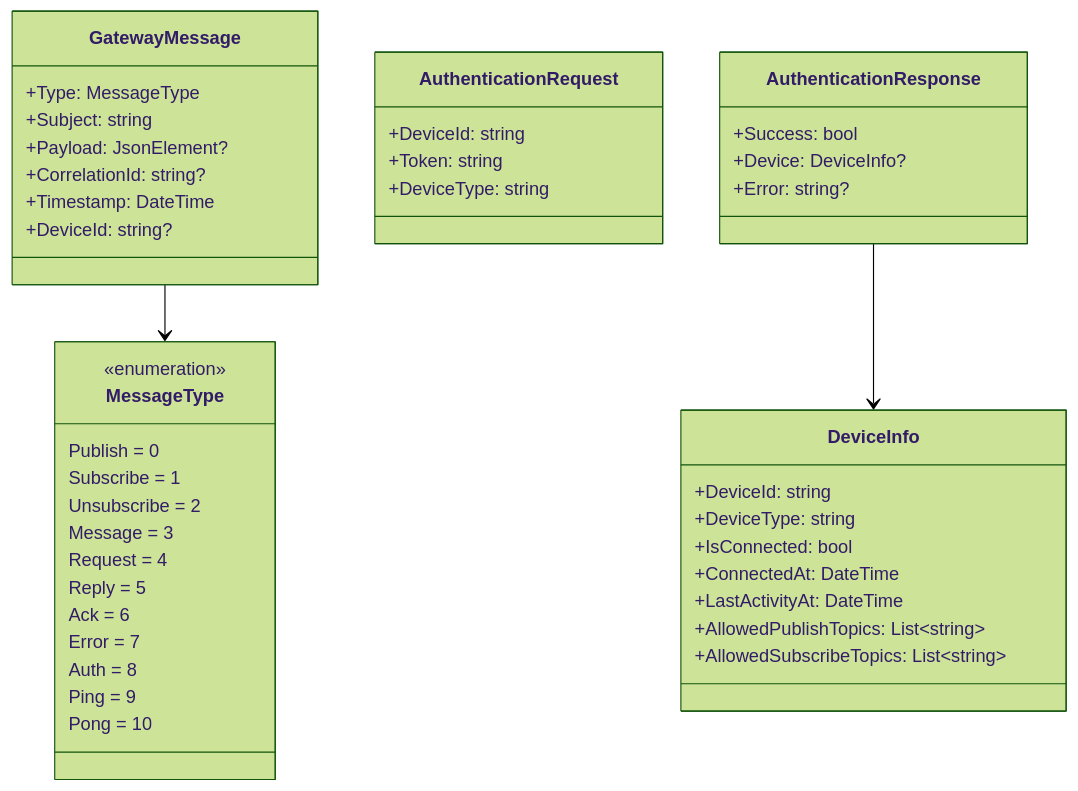
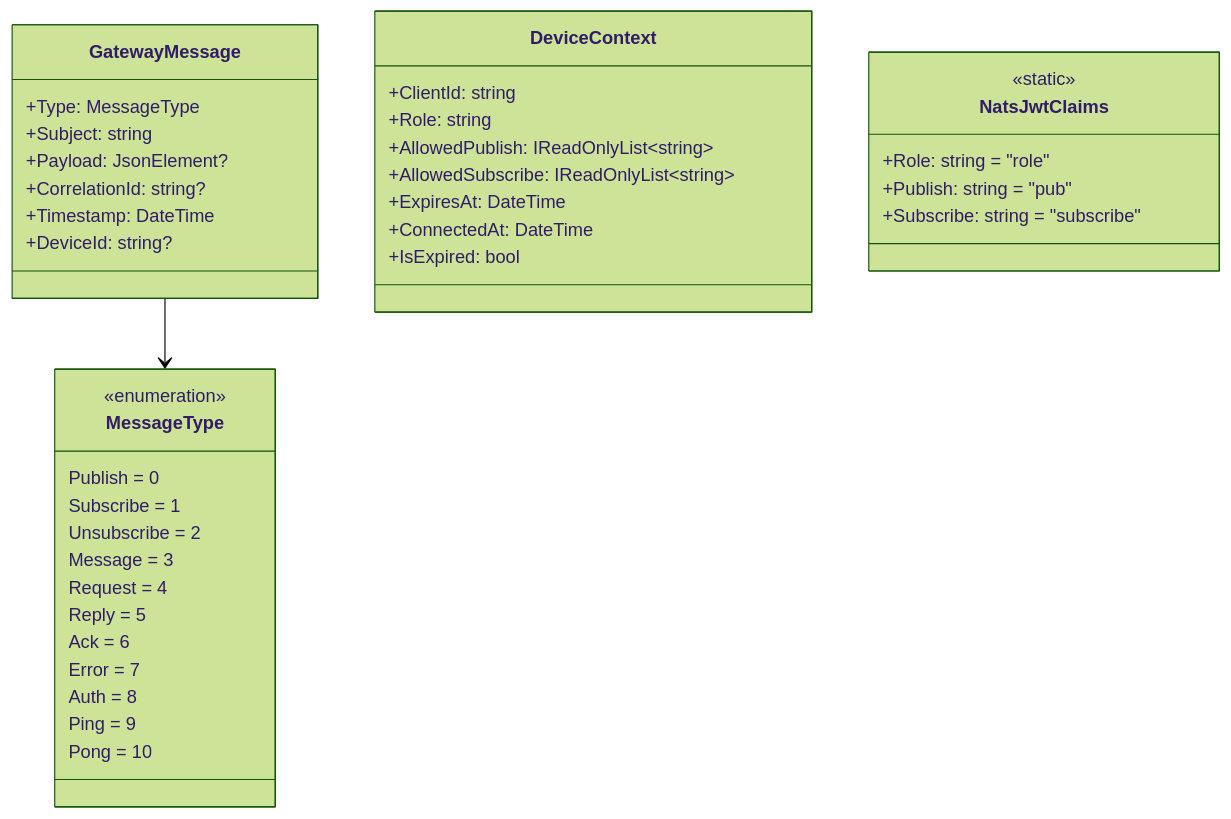
One commit to jtayl222/nats-websocket-bridge changed the fourth of 9 diagrams in docs/diagrams/class-diagrams.md. Above: the diagram before and after it, drawn with Mermaid (forest theme). The commit also changed other lines of this file and 25 other files, not shown here.

````diff
--- a/docs/diagrams/class-diagrams.md
+++ b/docs/diagrams/class-diagrams.md
@@ -193,51 +193,45 @@
 ```mermaid
 classDiagram
     class GatewayMessage {
         +Type: MessageType
         +Subject: string
         +Payload: JsonElement?
         +CorrelationId: string?
         +Timestamp: DateTime
         +DeviceId: string?
     }
 
     class MessageType {
         <<enumeration>>
         Publish = 0
         Subscribe = 1
         Unsubscribe = 2
         Message = 3
         Request = 4
         Reply = 5
         Ack = 6
         Error = 7
         Auth = 8
         Ping = 9
         Pong = 10
     }
 
-    class AuthenticationRequest {
-        +DeviceId: string
-        +Token: string
-        +DeviceType: string
+    class DeviceContext {
+        +ClientId: string
+        +Role: string
+        +AllowedPublish: IReadOnlyList~string~
+        +AllowedSubscribe: IReadOnlyList~string~
+        +ExpiresAt: DateTime
+        +ConnectedAt: DateTime
+        +IsExpired: bool
     }
 
-    class AuthenticationResponse {
-        +Success: bool
-        +Device: DeviceInfo?
-        +Error: string?
-    }
-
-    class DeviceInfo {
-        +DeviceId: string
-        +DeviceType: string
-        +IsConnected: bool
-        +ConnectedAt: DateTime
-        +LastActivityAt: DateTime
-        +AllowedPublishTopics: List~string~
-        +AllowedSubscribeTopics: List~string~
+    class NatsJwtClaims {
+        <<static>>
+        +Role: string = "role"
+        +Publish: string = "pub"
+        +Subscribe: string = "subscribe"
     }
 
     GatewayMessage --> MessageType
-    AuthenticationResponse --> DeviceInfo
 ```
````
